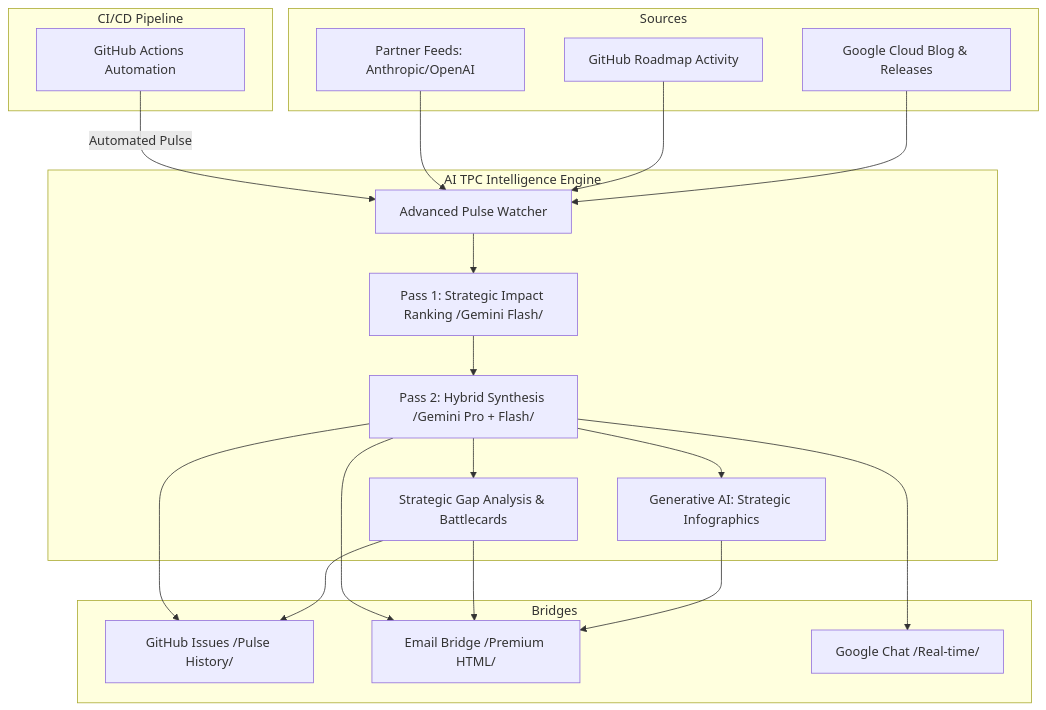
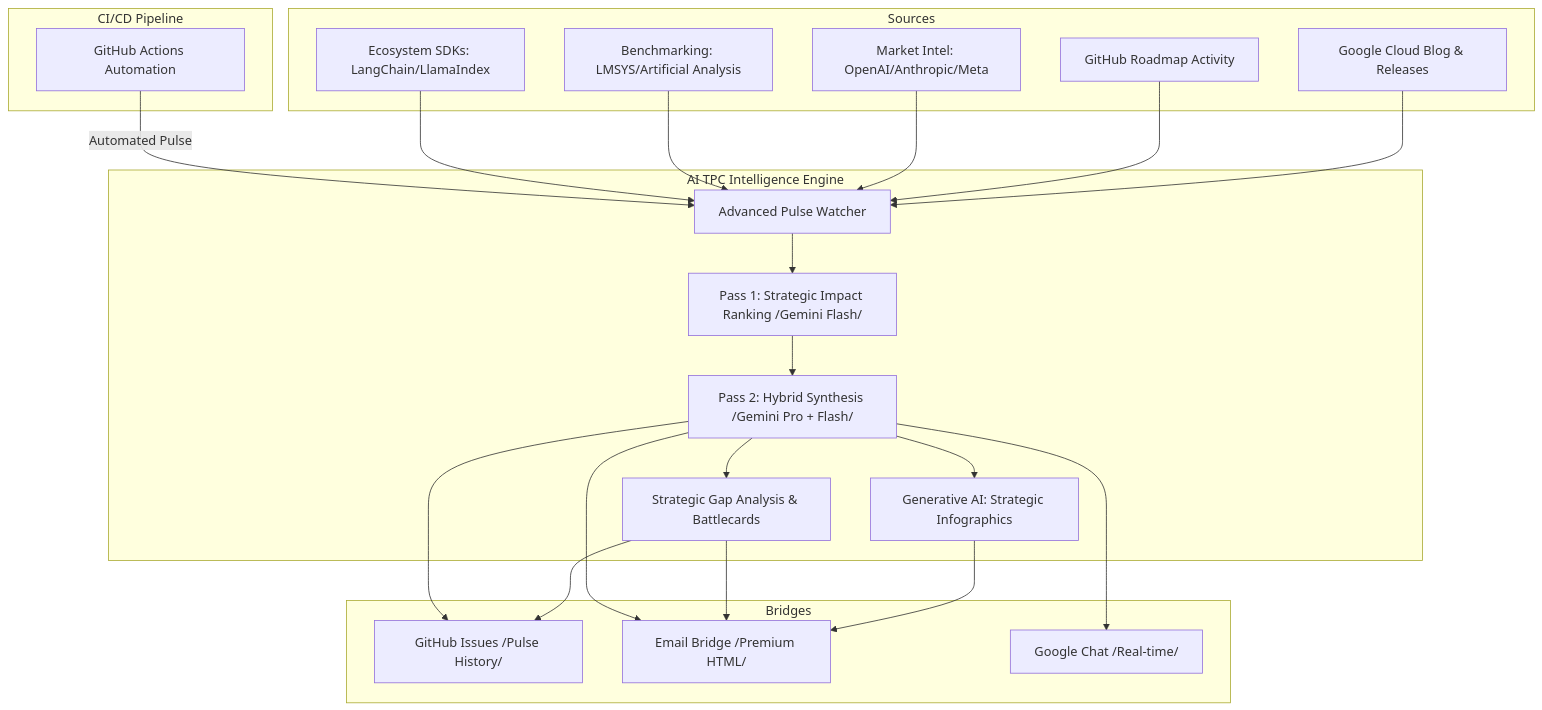
One commit to enriquekalven/ai-tpc-agent changed the diagram in README.md. Above: the diagram before and after it, drawn with Mermaid. The commit also changed other lines of this file, not shown here.

Commit message:
docs: update README with competitive intelligence, benchmark analysis, and expanded ecosystem watcher

````diff
--- a/README.md
+++ b/README.md
@@ -8,44 +8,48 @@
 ```mermaid
 graph TD
     subgraph Sources
         GC[Google Cloud Blog & Releases]
         GH[GitHub Roadmap Activity]
-        PA[Partner Feeds: Anthropic/OpenAI]
+        MI[Market Intel: OpenAI/Anthropic/Meta]
+        PB[Benchmarking: LMSYS/Artificial Analysis]
+        ES[Ecosystem SDKs: LangChain/LlamaIndex]
     end
 
     subgraph "AI TPC Intelligence Engine"
         W[Advanced Pulse Watcher]
         R[Pass 1: Strategic Impact Ranking /Gemini Flash/]
         A[Pass 2: Hybrid Synthesis /Gemini Pro + Flash/]
         IG[Generative AI: Strategic Infographics]
         GA[Strategic Gap Analysis & Battlecards]
         
         W --> R
         R --> A
         A --> IG
         A --> GA
     end
 
     subgraph Bridges
         GI[GitHub Issues /Pulse History/]
         EM[Email Bridge /Premium HTML/]
         GChat[Google Chat /Real-time/]
     end
 
     GC --> W
     GH --> W
-    PA --> W
+    MI --> W
+    PB --> W
+    ES --> W
     
     IG --> EM
     GA --> EM
     GA --> GI
     
     A --> GI
     A --> EM
     A --> GChat
     
     subgraph "CI/CD Pipeline"
         GAP[GitHub Actions Automation]
         GAP --> |Automated Pulse| W
     end
 ```
````
